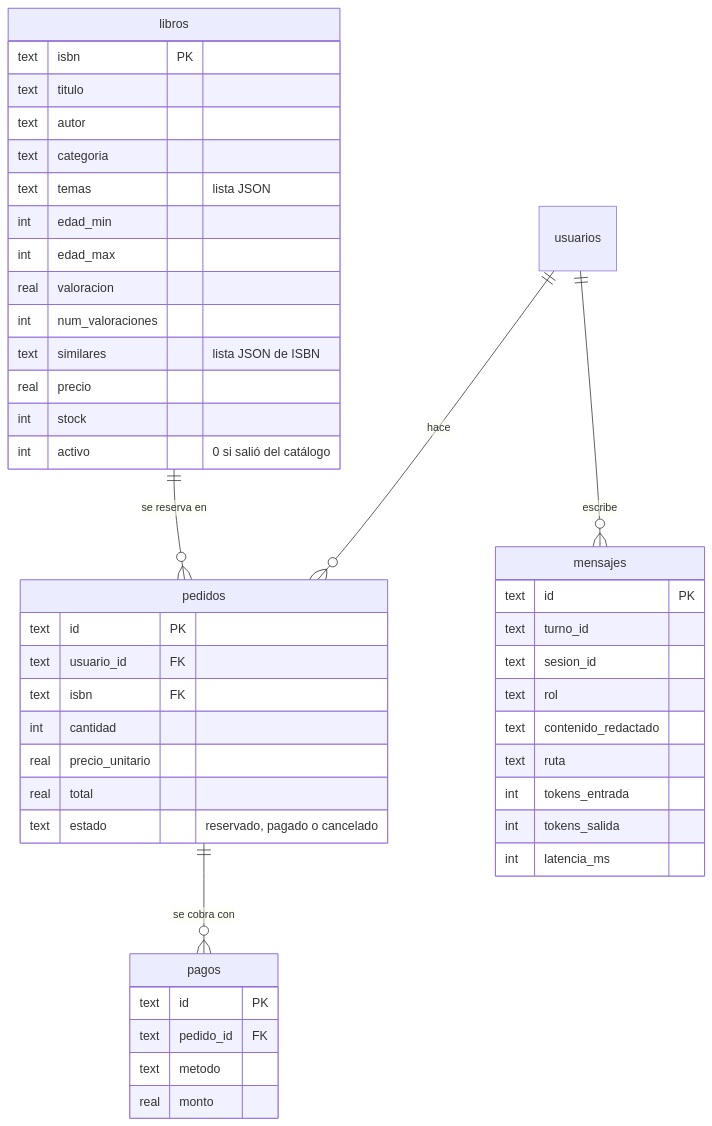
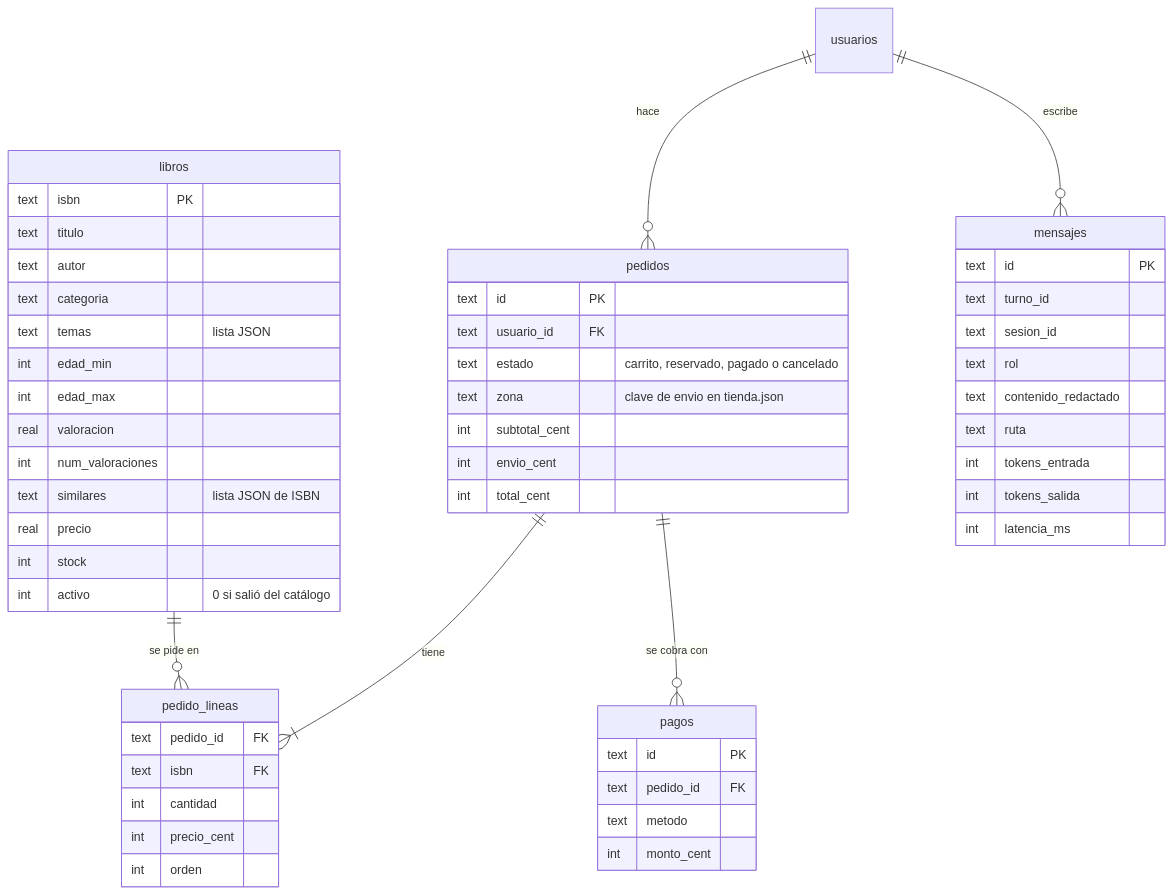
The fourth of 4 diagrams in docs/arquitectura.md (MechatronicCoder/chatbot-llm-rag), drawn with Mermaid before and after one commit. The commit also changed other lines of this file and 36 other files, not shown here.

````diff
--- a/docs/arquitectura.md
+++ b/docs/arquitectura.md
@@ -144,48 +145,56 @@
 ```mermaid
 erDiagram
-    libros ||--o{ pedidos : "se reserva en"
+    libros ||--o{ pedido_lineas : "se pide en"
+    pedidos ||--|{ pedido_lineas : "tiene"
     usuarios ||--o{ pedidos : "hace"
     pedidos ||--o{ pagos : "se cobra con"
     usuarios ||--o{ mensajes : "escribe"
     libros {
         text isbn PK
         text titulo
         text autor
         text categoria
         text temas "lista JSON"
         int edad_min
         int edad_max
         real valoracion
         int num_valoraciones
         text similares "lista JSON de ISBN"
         real precio
         int stock
         int activo "0 si salió del catálogo"
     }
     pedidos {
         text id PK
         text usuario_id FK
+        text estado "carrito, reservado, pagado o cancelado"
+        text zona "clave de envio en tienda.json"
+        int subtotal_cent
+        int envio_cent
+        int total_cent
+    }
+    pedido_lineas {
+        text pedido_id FK
         text isbn FK
         int cantidad
-        real precio_unitario
-        real total
-        text estado "reservado, pagado o cancelado"
+        int precio_cent
+        int orden
     }
     pagos {
         text id PK
         text pedido_id FK
         text metodo
-        real monto
+        int monto_cent
     }
     mensajes {
         text id PK
         text turno_id
         text sesion_id
         text rol
         text contenido_redactado
         text ruta
         int tokens_entrada
         int tokens_salida
         int latencia_ms
     }
 ```
````
